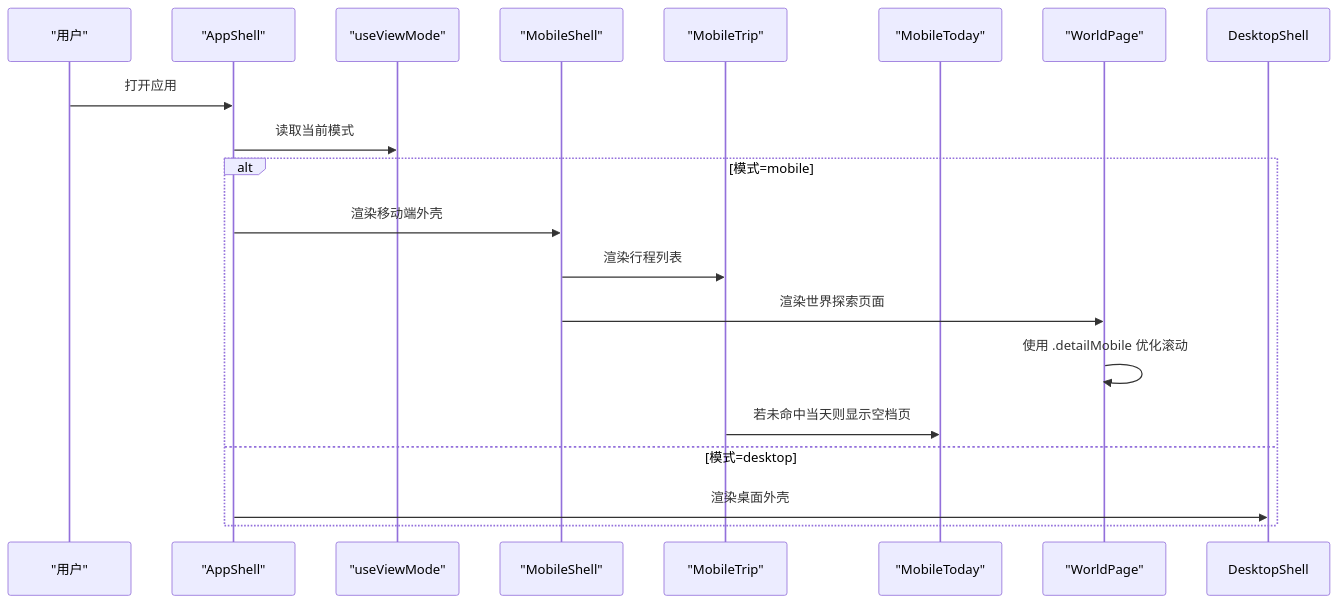
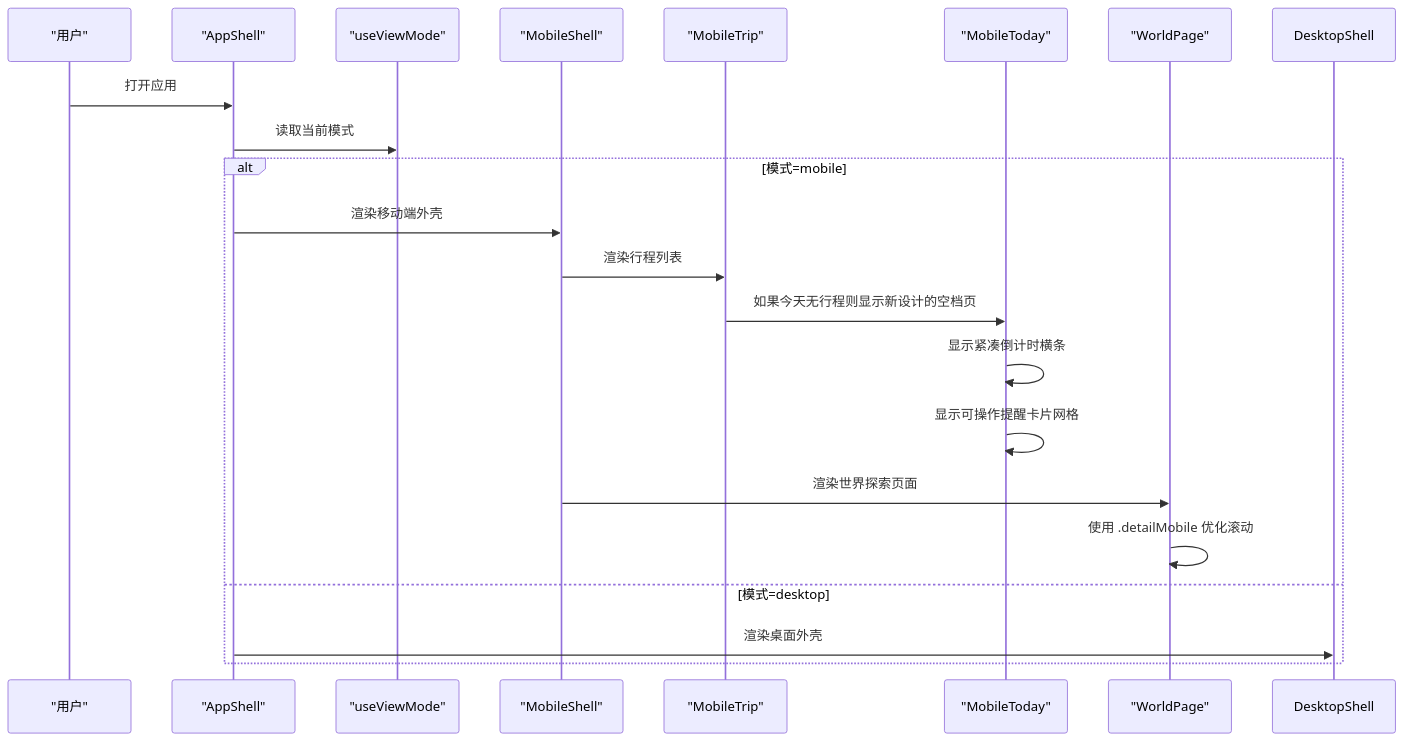
The second of 8 diagrams in .qoder/repowiki/zh/content/用户界面组件/移动端优化.md (huangyilu/wanwuyishi), drawn with Mermaid before and after one commit. The commit also changed other lines of this file and 93 other files, not shown here.

````diff
--- a/.qoder/repowiki/zh/content/用户界面组件/移动端优化.md
+++ b/.qoder/repowiki/zh/content/用户界面组件/移动端优化.md
@@ -128,21 +142,23 @@
 ```mermaid
 sequenceDiagram
 participant U as "用户"
 participant S as "AppShell"
 participant M as "useViewMode"
 participant MS as "MobileShell"
 participant MT as "MobileTrip"
 participant MH as "MobileToday"
 participant WP as "WorldPage"
 U->>S : 打开应用
 S->>M : 读取当前模式
 alt 模式=mobile
 S->>MS : 渲染移动端外壳
 MS->>MT : 渲染行程列表
+MT->>MH : 如果今天无行程则显示新设计的空档页
+MH->>MH : 显示紧凑倒计时横条
+MH->>MH : 显示可操作提醒卡片网格
 MS->>WP : 渲染世界探索页面
 WP->>WP : 使用 .detailMobile 优化滚动
-MT->>MH : 若未命中当天则显示空档页
 else 模式=desktop
 S->>DesktopShell : 渲染桌面外壳
 end
 ```
````
